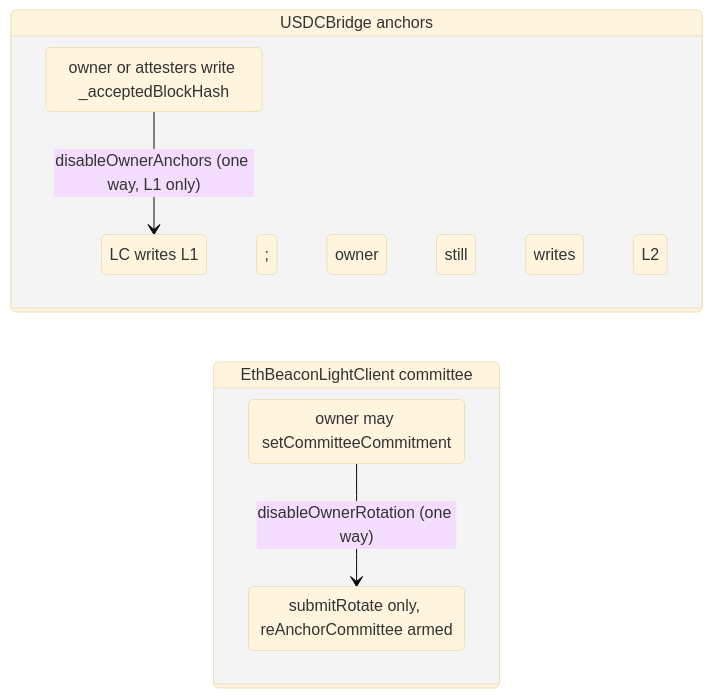
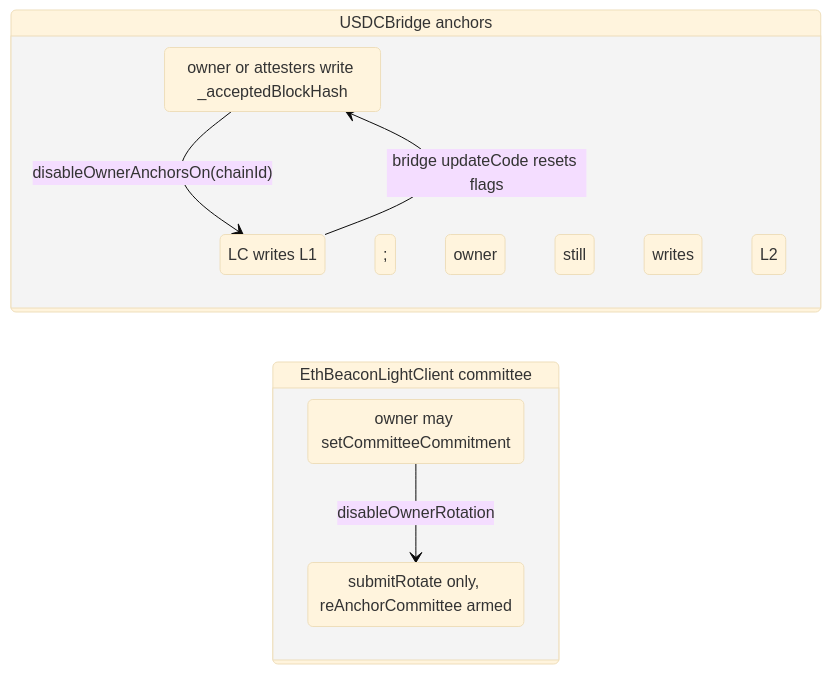
The fourth of 5 diagrams in docs/eth-light-client.md (gosh-sh/bridge), drawn with Mermaid (base theme) before and after one commit. The commit also changed other lines of this file and 12 other files, not shown here.

````diff
--- a/docs/eth-light-client.md
+++ b/docs/eth-light-client.md
@@ -274,14 +282,15 @@
 ```mermaid
 stateDiagram-v2
   direction LR
   state "USDCBridge anchors" as UBA {
     OwnerAnchors: owner or attesters write _acceptedBlockHash
     LightClientAnchors: LC writes L1; owner still writes L2
-    OwnerAnchors --> LightClientAnchors: disableOwnerAnchors (one way, L1 only)
+    OwnerAnchors --> LightClientAnchors: disableOwnerAnchorsOn(chainId)
+    LightClientAnchors --> OwnerAnchors: bridge updateCode resets flags
   }
   state "EthBeaconLightClient committee" as LCC {
     OwnerRotation: owner may setCommitteeCommitment
     ProofRotation: submitRotate only, reAnchorCommittee armed
-    OwnerRotation --> ProofRotation: disableOwnerRotation (one way)
+    OwnerRotation --> ProofRotation: disableOwnerRotation
   }
 ```
````
